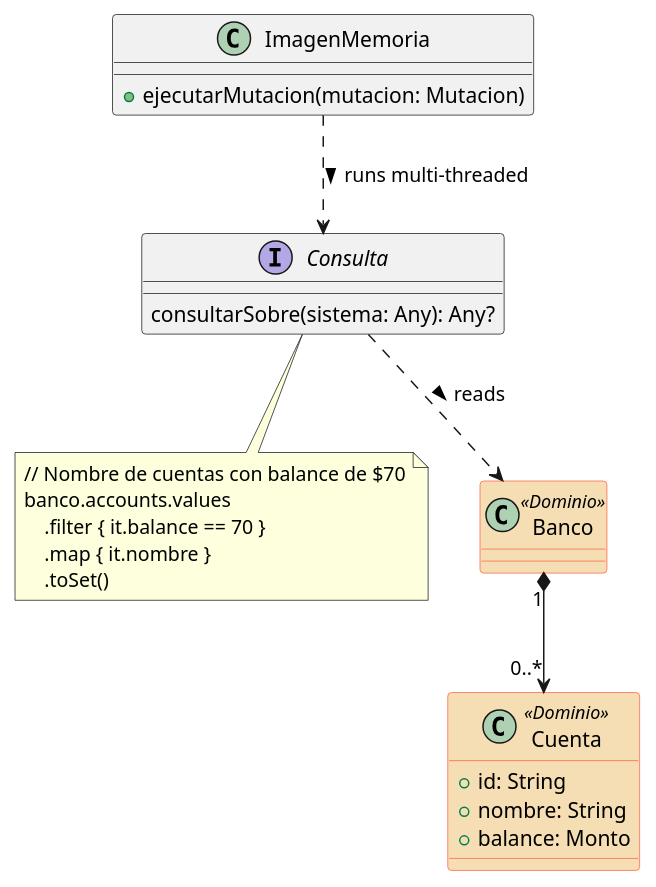
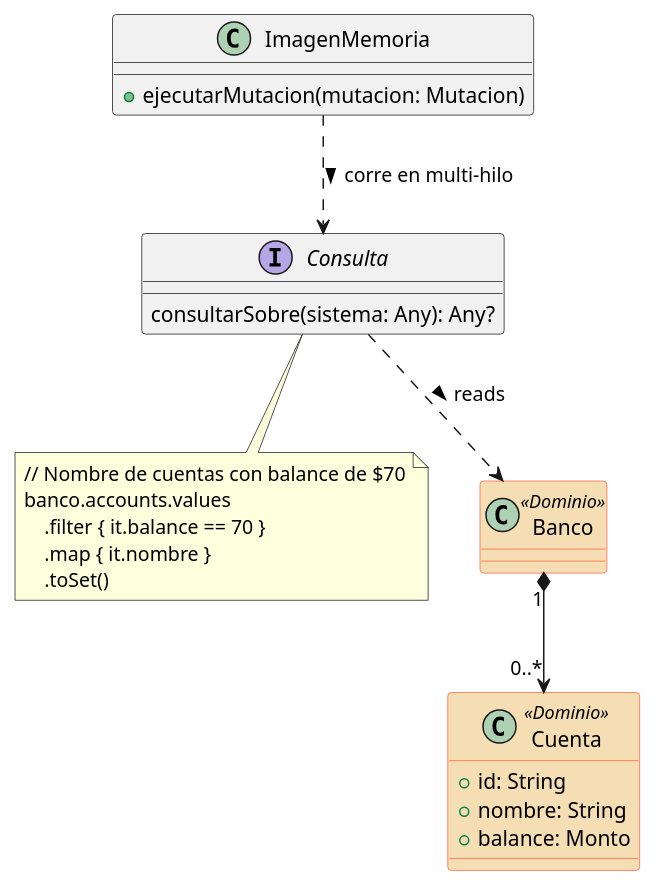
The diagram in kotlin/docs/kmemimg-5.puml (xrrocha/jvm-funcional), drawn with PlantUML before and after one commit. The commit also changed 2 other files, not shown here.

```diff
--- a/kotlin/docs/kmemimg-5.puml
+++ b/kotlin/docs/kmemimg-5.puml
@@ -1,34 +1,34 @@
 @startuml
 skinparam class {
     BackgroundColor<<Dominio>> Wheat
     BorderColor<<Dominio>> Tomato
 }
 
 class ImagenMemoria {
     + ejecutarMutacion(mutacion: Mutacion)
 }
 
 interface Consulta {
     consultarSobre(sistema: Any): Any?
 }
-ImagenMemoria ..> Consulta: runs multi-threaded >
+ImagenMemoria ..> Consulta: corre en multi-hilo >
 note bottom of Consulta
     // Nombre de cuentas con balance de $70
     banco.accounts.values
         .filter { it.balance == 70 }
         .map { it.nombre }
         .toSet()
 end note
 
 class Banco <<Dominio>> {
 }
 Consulta ..> Banco: reads >
 
 class Cuenta <<Dominio>> {
     + id: String
     + nombre: String
     + balance: Monto
 }
 Banco "1" *--> "0..*" Cuenta
 
 @enduml
```
